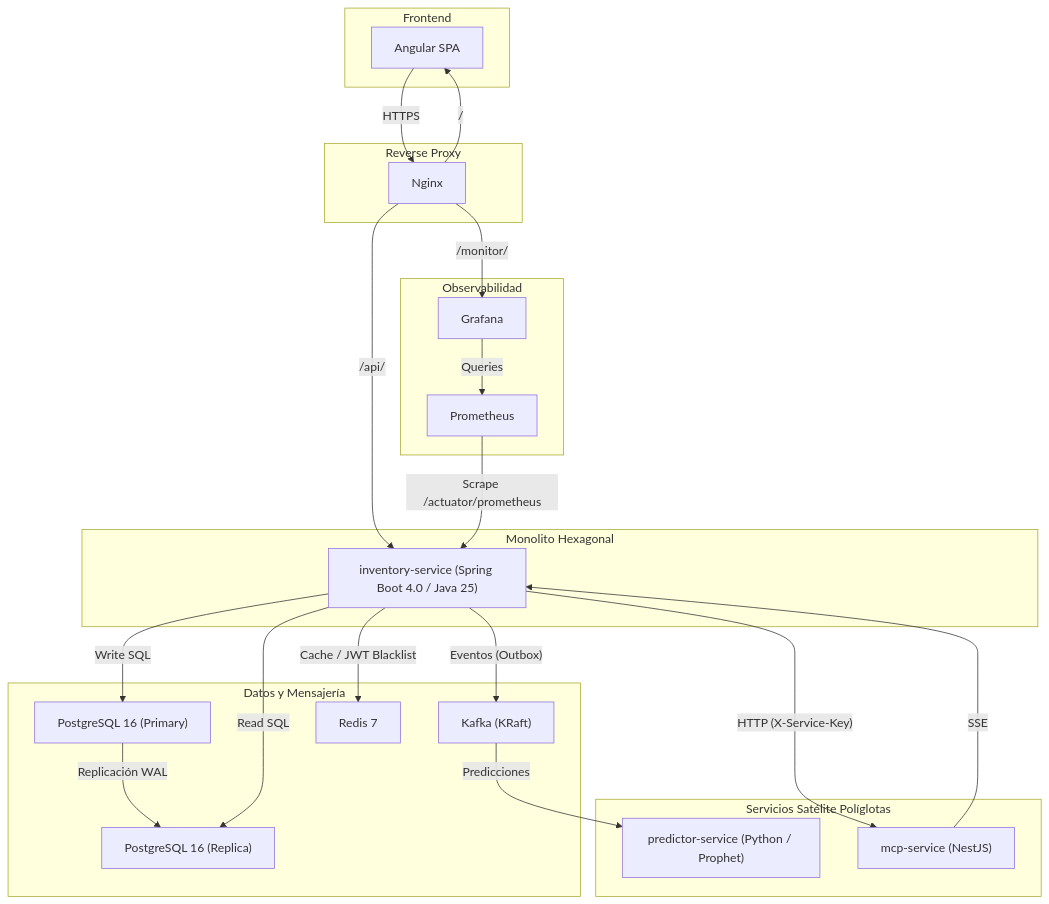
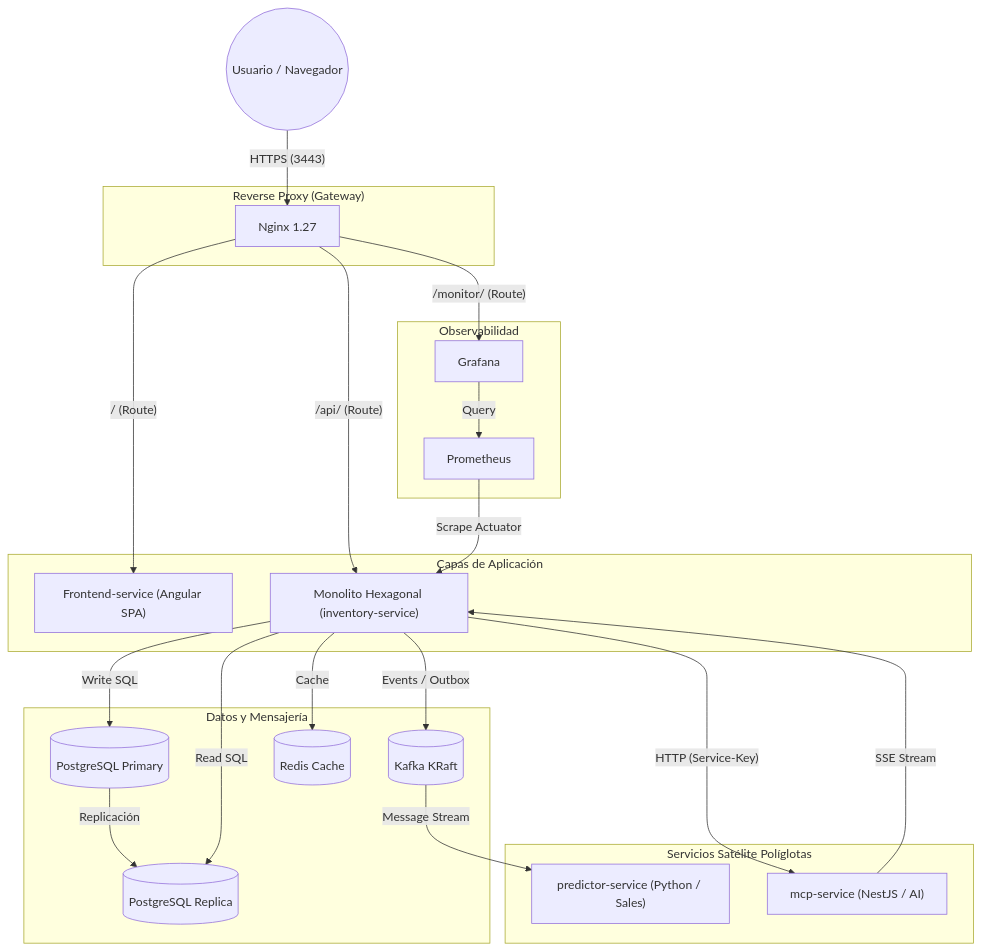
The diagram in README.md (FranWDev/smart-economato-API), drawn with Mermaid before and after one commit.

Commit message:
docs: refactorizado diagrama de README para mayor claridad

````diff
--- a/README.md
+++ b/README.md
@@ -9,46 +9,50 @@
 ```mermaid
 graph TD
-    subgraph "Frontend"
-        FE["Angular SPA"]
+    User((Usuario / Navegador))
+    
+    subgraph "Reverse Proxy (Gateway)"
+        NG["Nginx 1.27"]
     end
 
-    subgraph "Reverse Proxy"
-        NG["Nginx"]
-    end
-
-    subgraph "Monolito Hexagonal"
-        BE["inventory-service (Spring Boot 4.0 / Java 25)"]
+    subgraph "Capas de Aplicación"
+        FE["Frontend-service (Angular SPA)"]
+        BE["Monolito Hexagonal (inventory-service)"]
     end
 
     subgraph "Servicios Satélite Políglotas"
-        MCP["mcp-service (NestJS)"]
-        PRED["predictor-service (Python / Prophet)"]
+        MCP["mcp-service (NestJS / AI)"]
+        PRED["predictor-service (Python / Sales)"]
     end
 
     subgraph "Datos y Mensajería"
-        PG["PostgreSQL 16 (Primary)"]
-        PGR["PostgreSQL 16 (Replica)"]
-        RD["Redis 7"]
-        KF["Kafka (KRaft)"]
+        PG[(PostgreSQL Primary)]
+        PGR[(PostgreSQL Replica)]
+        RD[(Redis Cache)]
+        KF[(Kafka KRaft)]
     end
 
     subgraph "Observabilidad"
-        PROM["Prometheus"]
-        GRAF["Grafana"]
+        PROM[Prometheus]
+        GRAF[Grafana]
     end
 
-    FE -- "HTTPS" --> NG
-    NG -- "/api/" --> BE
-    NG -- "/" --> FE
-    NG -- "/monitor/" --> GRAF
+    %% Flujos Externos (Vía Proxy)
+    User -- "HTTPS (3443)" --> NG
+    NG -- "/ (Route)" --> FE
+    NG -- "/api/ (Route)" --> BE
+    NG -- "/monitor/ (Route)" --> GRAF
+
+    %% Comunicación Inter-Servicio (Interna)
     BE -- "Write SQL" --> PG
     BE -- "Read SQL" --> PGR
-    PG -- "Replicación WAL" --> PGR
-    BE -- "Cache / JWT Blacklist" --> RD
-    BE -- "Eventos (Outbox)" --> KF
-    KF -- "Predicciones" --> PRED
-    BE -- "HTTP (X-Service-Key)" --> MCP
-    MCP -- "SSE" --> BE
-    PROM -- "Scrape /actuator/prometheus" --> BE
-    GRAF -- "Queries" --> PROM
+    PG -- "Replicación" --> PGR
+    BE -- "Cache" --> RD
+    BE -- "Events / Outbox" --> KF
+    KF -- "Message Stream" --> PRED
+    BE -- "HTTP (Service-Key)" --> MCP
+    MCP -- "SSE Stream" --> BE
+
+    %% Métricas
+    PROM -- "Scrape Actuator" --> BE
+    GRAF -- "Query" --> PROM
 ```
````
